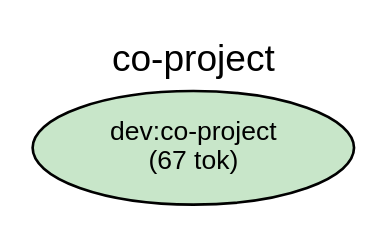
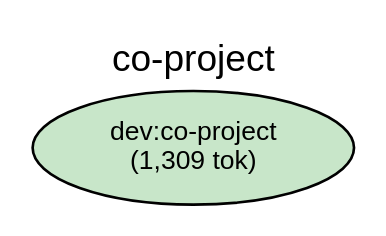
The diagram in plugins/dev/docs/deps-co-project.dot (shuu5/twill), drawn with Graphviz before and after one commit. The commit also changed 35 other files, not shown here.

```diff
--- a/plugins/dev/docs/deps-co-project.dot
+++ b/plugins/dev/docs/deps-co-project.dot
@@ -1,37 +1,37 @@
 digraph Dependencies {
     // Graph settings
     rankdir=LR;
     ranksep=0.8;
     nodesep=0.3;
     fontname="Helvetica";
     node [fontname="Helvetica", fontsize=10];
     edge [fontname="Helvetica", fontsize=9];
     label="co-project";
     labelloc=t;
     fontsize=14;
 
     // L0: Controller Skills
-    skill_co_project [label="dev:co-project\n(67 tok)", shape=ellipse, style=filled, fillcolor="#c8e6c9"];
+    skill_co_project [label="dev:co-project\n(1,309 tok)", shape=ellipse, style=filled, fillcolor="#c8e6c9"];
 
     // L0: Launchers
 
     // L0.5: Workflow Skills
 
     // Reference Skills
 
     // L1: Direct Commands
 
     // L2: Sub Commands
 
     // L3: Agents
 
     // L3.5: Scripts
 
     // L4: External
 
     // Layer constraints
     { rank=same; skill_co_project; }
 
     // Edges
 
 }
```
